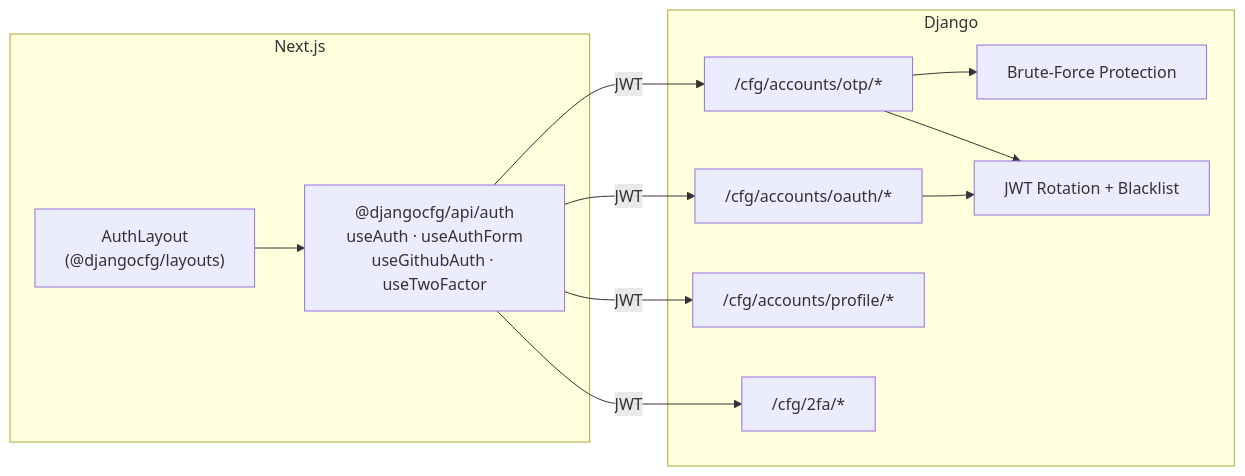
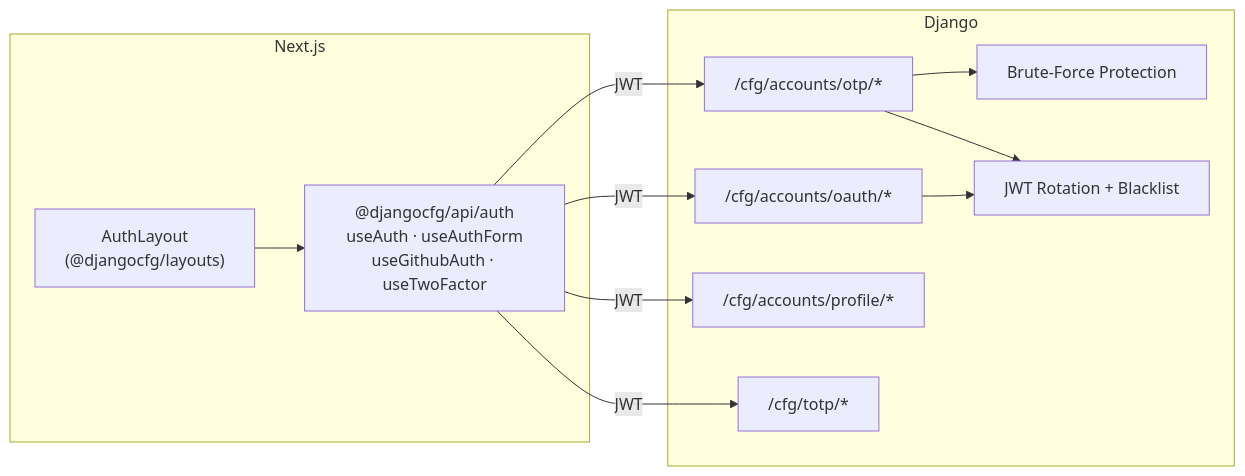
One commit to markolofsen/django-cfg changed the diagram in docs/features/built-in-apps/user-management/accounts/index.mdx. Above: the diagram before and after it, drawn with Mermaid. The commit also changed 594 other files, not shown here.

First line of the commit message:
refactor(django-cfg): restructure authentication flow

````diff
--- a/docs/features/built-in-apps/user-management/accounts/index.mdx
+++ b/docs/features/built-in-apps/user-management/accounts/index.mdx
@@ -20,21 +20,21 @@
 ```mermaid
 flowchart LR
     subgraph Frontend["Next.js"]
         AL["AuthLayout\n(@djangocfg/layouts)"]
         H["@djangocfg/api/auth\nuseAuth · useAuthForm\nuseGithubAuth · useTwoFactor"]
     end
 
     subgraph Backend["Django"]
         OTP["/cfg/accounts/otp/*"]
         OAUTH["/cfg/accounts/oauth/*"]
         PROF["/cfg/accounts/profile/*"]
-        TFA["/cfg/2fa/*"]
+        TFA["/cfg/totp/*"]
         BF["Brute-Force Protection"]
         JWT["JWT Rotation + Blacklist"]
     end
 
     AL --> H
     H -->|"JWT"| OTP & OAUTH & PROF & TFA
     OTP --> BF & JWT
     OAUTH --> JWT
 ```
````
